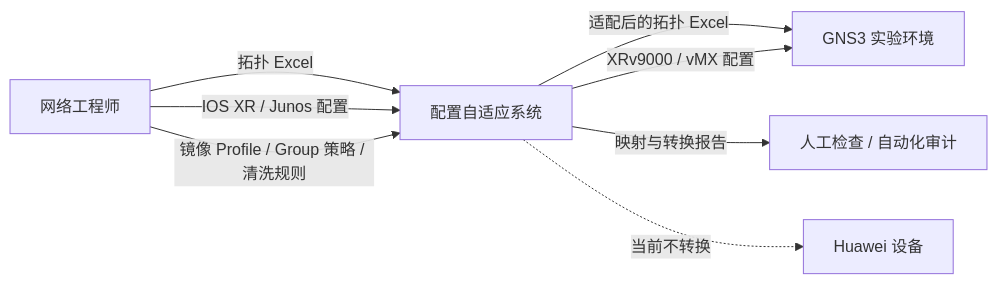
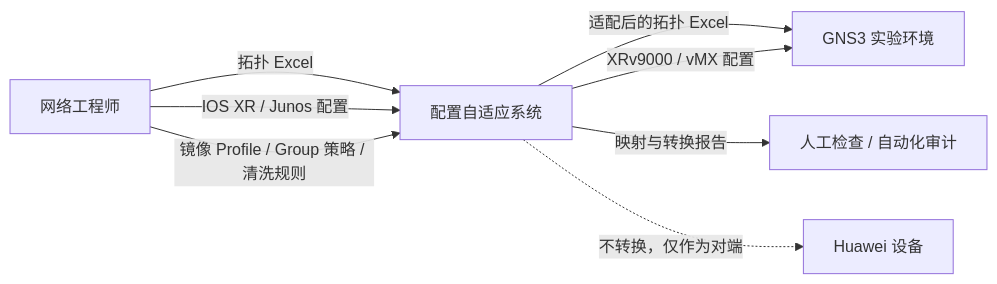
Before and after one commit to xiaobaozi01/config-mapping: the first of 12 diagrams in docs/onboarding-guide.md, drawn with Mermaid. The commit also changed other lines of this file and 11 other files, not shown here.

````diff
--- a/docs/onboarding-guide.md
+++ b/docs/onboarding-guide.md
@@ -22,12 +22,12 @@
 ```mermaid
 flowchart LR
     Operator[网络工程师] -->|拓扑 Excel| Adaptor[配置自适应系统]
     Operator -->|IOS XR / Junos 配置| Adaptor
     Operator -->|镜像 Profile / Group 策略 / 清洗规则| Adaptor
 
     Adaptor -->|适配后的拓扑 Excel| GNS3[GNS3 实验环境]
     Adaptor -->|XRv9000 / vMX 配置| GNS3
     Adaptor -->|映射与转换报告| Audit[人工检查 / 自动化审计]
 
-    Adaptor -.当前不转换.-> Huawei[Huawei 设备]
+    Adaptor -.不转换，仅作为对端.-> Huawei[Huawei 设备]
 ```
````
